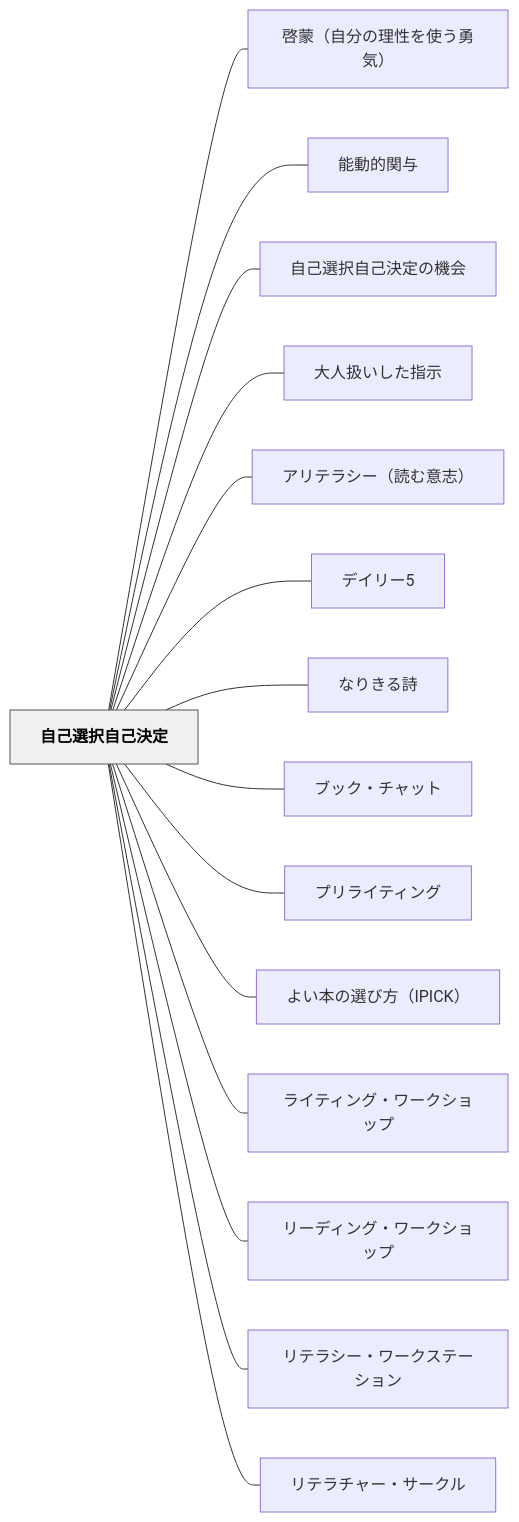
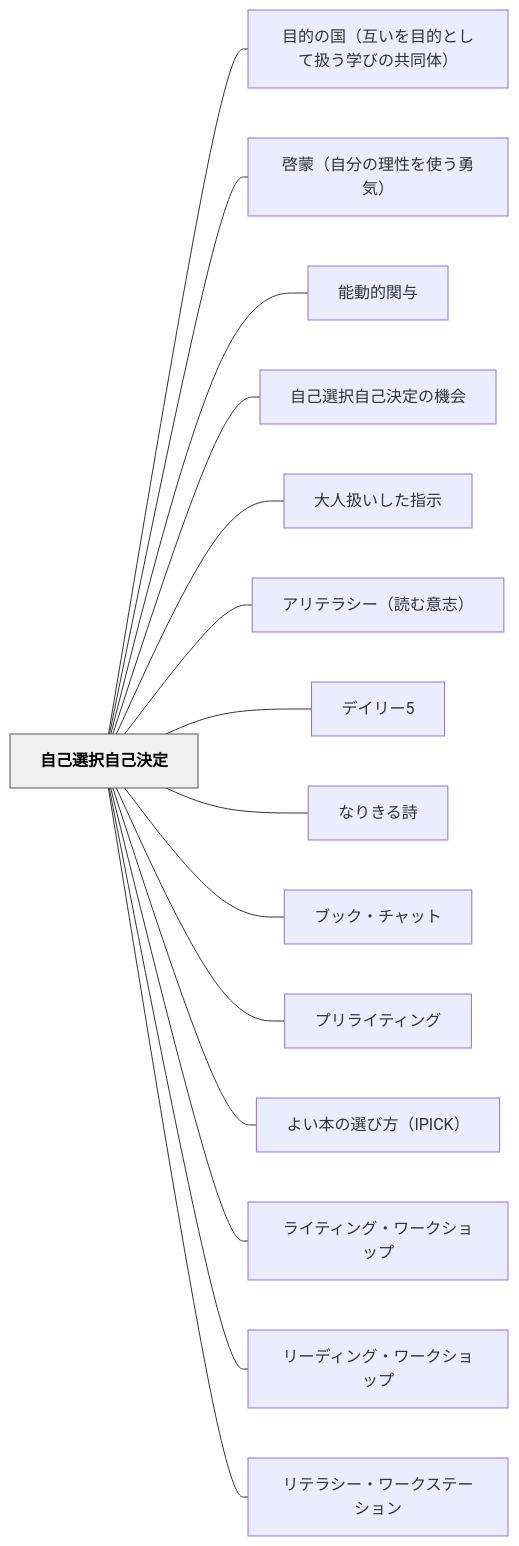
Before and after one commit to unknownthings-ed-patterns/unknownthings-ed-patterns: the diagram in content/パタン/自己選択自己決定.md, drawn with Mermaid. The commit also changed other lines of this file and 18 other files, not shown here.

````diff
--- a/content/パタン/自己選択自己決定.md
+++ b/content/パタン/自己選択自己決定.md
@@ -66,36 +66,36 @@
 ```mermaid
 flowchart LR
     ne887aae5b7b1e981b8e68a9ee887aae5b7b1e6b1bae5ae9a["自己選択自己決定"]
+    ne79baee79a84e381aee59bbdefbc88e4ba92e38184e38292e79baee79a84e381a8e38197e381a6e689b1e38186e5ada6e381b3e381aee585b1e5908ce4bd93efbc89["目的の国（互いを目的として扱う学びの共同体）"]
     ne59593e89299efbc88e887aae58886e381aee79086e680a7e38292e4bdbfe38186e58b87e6b097efbc89["啓蒙（自分の理性を使う勇気）"]
     ne883bde58b95e79a84e996a2e4b88e["能動的関与"]
     ne887aae5b7b1e981b8e68a9ee887aae5b7b1e6b1bae5ae9ae381aee6a99fe4bc9a["自己選択自己決定の機会"]
     ne5a4a7e4babae689b1e38184e38197e3819fe68c87e7a4ba["大人扱いした指示"]
     ne382a2e383aae38386e383a9e382b7e383bcefbc88e8aaade38280e6848fe5bf97efbc89["アリテラシー（読む意志）"]
     ne38387e382a4e383aae383bc35["デイリー5"]
     ne381aae3828ae3818de3828be8a9a9["なりきる詩"]
     ne38396e38383e382afe383bbe38381e383a3e38383e38388["ブック・チャット"]
     ne38397e383aae383a9e382a4e38386e382a3e383b3e382b0["プリライティング"]
     ne38288e38184e69cace381aee981b8e381b3e696b9efbc88495049434befbc89["よい本の選び方（IPICK）"]
     ne383a9e382a4e38386e382a3e383b3e382b0e383bbe383afe383bce382afe382b7e383a7e38383e38397["ライティング・ワークショップ"]
     ne383aae383bce38387e382a3e383b3e382b0e383bbe383afe383bce382afe382b7e383a7e38383e38397["リーディング・ワークショップ"]
     ne383aae38386e383a9e382b7e383bce383bbe383afe383bce382afe382b9e38386e383bce382b7e383a7e383b3["リテラシー・ワークステーション"]
-    ne383aae38386e383a9e38381e383a3e383bce383bbe382b5e383bce382afe383ab["リテラチャー・サークル"]
 
+    ne887aae5b7b1e981b8e68a9ee887aae5b7b1e6b1bae5ae9a --- ne79baee79a84e381aee59bbdefbc88e4ba92e38184e38292e79baee79a84e381a8e38197e381a6e689b1e38186e5ada6e381b3e381aee585b1e5908ce4bd93efbc89
     ne887aae5b7b1e981b8e68a9ee887aae5b7b1e6b1bae5ae9a --- ne59593e89299efbc88e887aae58886e381aee79086e680a7e38292e4bdbfe38186e58b87e6b097efbc89
     ne887aae5b7b1e981b8e68a9ee887aae5b7b1e6b1bae5ae9a --- ne883bde58b95e79a84e996a2e4b88e
     ne887aae5b7b1e981b8e68a9ee887aae5b7b1e6b1bae5ae9a --- ne887aae5b7b1e981b8e68a9ee887aae5b7b1e6b1bae5ae9ae381aee6a99fe4bc9a
     ne887aae5b7b1e981b8e68a9ee887aae5b7b1e6b1bae5ae9a --- ne5a4a7e4babae689b1e38184e38197e3819fe68c87e7a4ba
     ne887aae5b7b1e981b8e68a9ee887aae5b7b1e6b1bae5ae9a --- ne382a2e383aae38386e383a9e382b7e383bcefbc88e8aaade38280e6848fe5bf97efbc89
     ne887aae5b7b1e981b8e68a9ee887aae5b7b1e6b1bae5ae9a --- ne38387e382a4e383aae383bc35
     ne887aae5b7b1e981b8e68a9ee887aae5b7b1e6b1bae5ae9a --- ne381aae3828ae3818de3828be8a9a9
     ne887aae5b7b1e981b8e68a9ee887aae5b7b1e6b1bae5ae9a --- ne38396e38383e382afe383bbe38381e383a3e38383e38388
     ne887aae5b7b1e981b8e68a9ee887aae5b7b1e6b1bae5ae9a --- ne38397e383aae383a9e382a4e38386e382a3e383b3e382b0
     ne887aae5b7b1e981b8e68a9ee887aae5b7b1e6b1bae5ae9a --- ne38288e38184e69cace381aee981b8e381b3e696b9efbc88495049434befbc89
     ne887aae5b7b1e981b8e68a9ee887aae5b7b1e6b1bae5ae9a --- ne383a9e382a4e38386e382a3e383b3e382b0e383bbe383afe383bce382afe382b7e383a7e38383e38397
     ne887aae5b7b1e981b8e68a9ee887aae5b7b1e6b1bae5ae9a --- ne383aae383bce38387e382a3e383b3e382b0e383bbe383afe383bce382afe382b7e383a7e38383e38397
     ne887aae5b7b1e981b8e68a9ee887aae5b7b1e6b1bae5ae9a --- ne383aae38386e383a9e382b7e383bce383bbe383afe383bce382afe382b9e38386e383bce382b7e383a7e383b3
-    ne887aae5b7b1e981b8e68a9ee887aae5b7b1e6b1bae5ae9a --- ne383aae38386e383a9e38381e383a3e383bce383bbe382b5e383bce382afe383ab
 
     classDef hub fill:#f0f0f0,stroke:#555,color:#000,font-weight:bold
     class ne887aae5b7b1e981b8e68a9ee887aae5b7b1e6b1bae5ae9a hub
 ```
````
